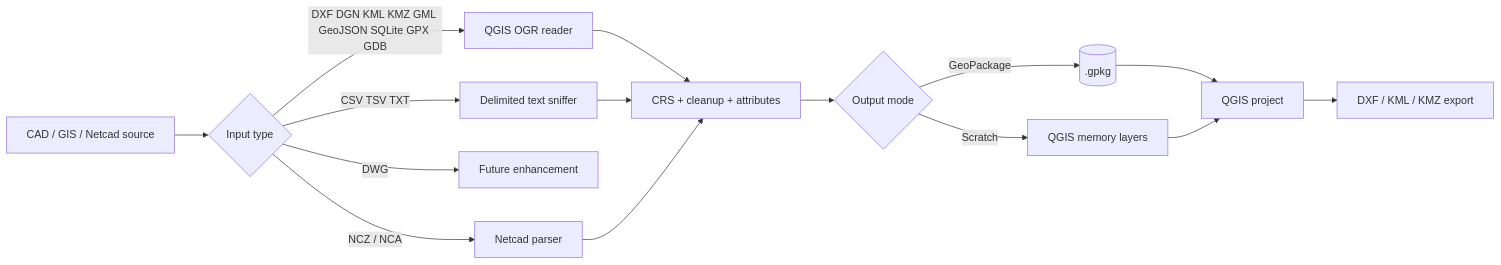
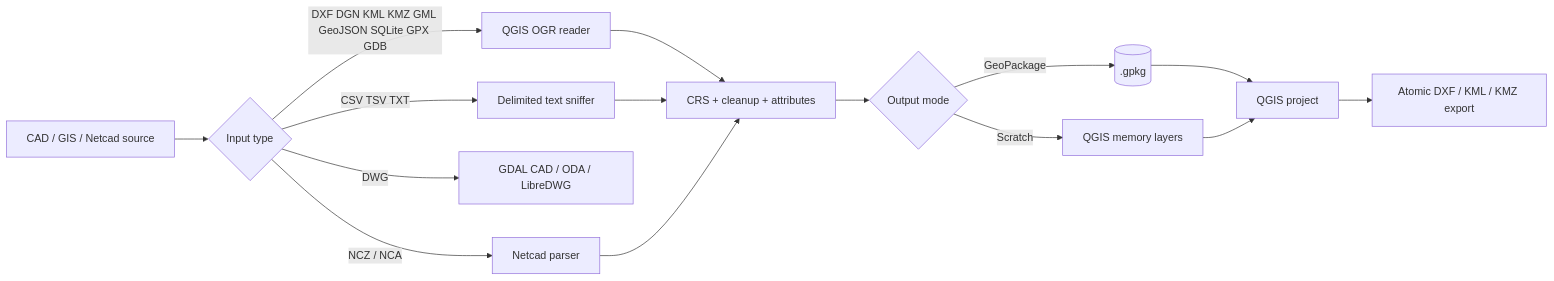
Before and after one commit to YusufEminoglu/zero2cadgis: the diagram in README.md, drawn with Mermaid. The commit also changed other lines of this file and 10 other files, not shown here.

````diff
--- a/README.md
+++ b/README.md
@@ -74,17 +81,17 @@
 ```mermaid
 flowchart LR
   A[CAD / GIS / Netcad source] --> B{Input type}
   B -->|DXF DGN KML KMZ GML GeoJSON SQLite GPX GDB| C[QGIS OGR reader]
   B -->|CSV TSV TXT| T[Delimited text sniffer]
-  B -->|DWG| X[Future enhancement]
+  B -->|DWG| X[GDAL CAD / ODA / LibreDWG]
   B -->|NCZ / NCA| D[Netcad parser]
   C --> E[CRS + cleanup + attributes]
   T --> E
   D --> E
   E --> F{Output mode}
   F -->|GeoPackage| G[(.gpkg)]
   F -->|Scratch| H[QGIS memory layers]
   G --> I[QGIS project]
   H --> I
-  I --> J[DXF / KML / KMZ export]
+  I --> J[Atomic DXF / KML / KMZ export]
 ```
````
